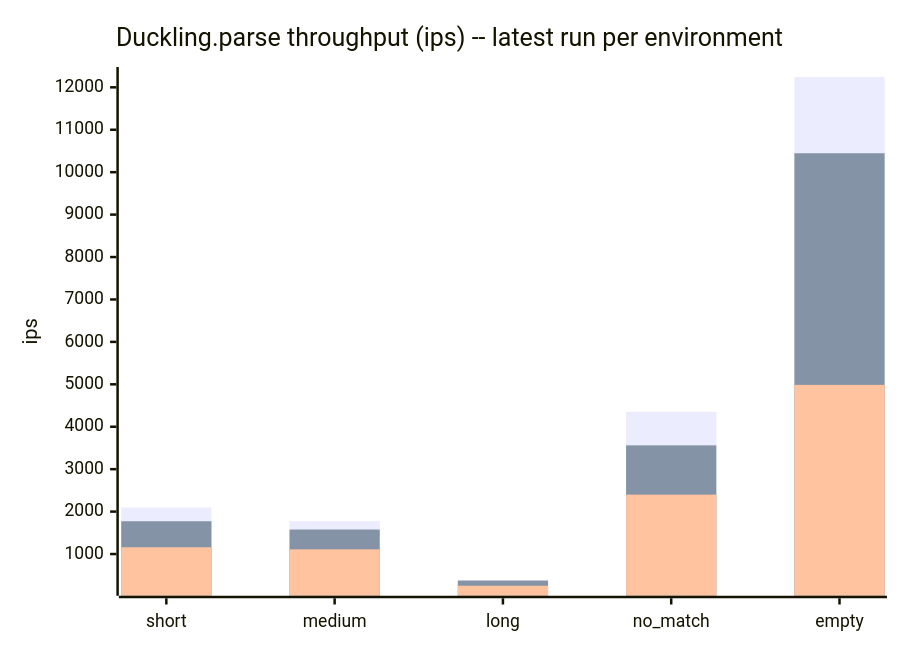
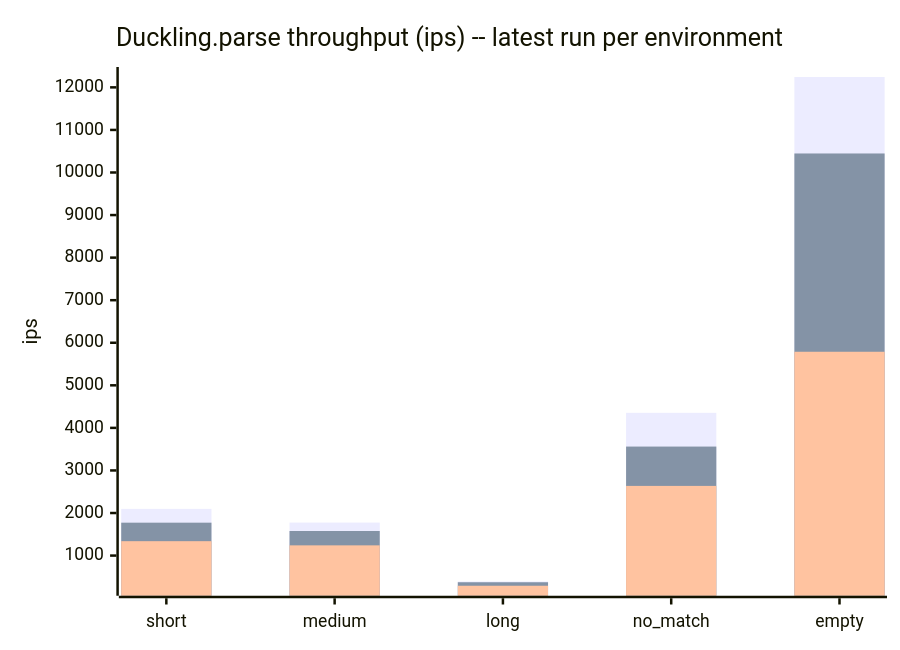
Before and after one commit to cpb/duckling: the fourth of 5 diagrams in docs/benchmarks/README.md, drawn with Mermaid. The commit also changed other lines of this file and 3 other files, not shown here.

````diff
--- a/docs/benchmarks/README.md
+++ b/docs/benchmarks/README.md
@@ -133,9 +133,9 @@
 ```mermaid
 xychart-beta
     title "Duckling.parse throughput (ips) -- latest run per environment"
     x-axis [short, medium, long, no_match, empty]
     y-axis "ips"
     bar "github-actions" [2096.8, 1775.4, 391.8, 4353.6, 12243.5]
     bar "claude-code-web" [1773.1, 1577.3, 373.4, 3561.1, 10446.8]
-    bar "local" [1159.0, 1110.2, 252.3, 2399.9, 4986.6]
+    bar "local" [1338.4, 1240.2, 291.2, 2636.8, 5788.3]
 ```
````
